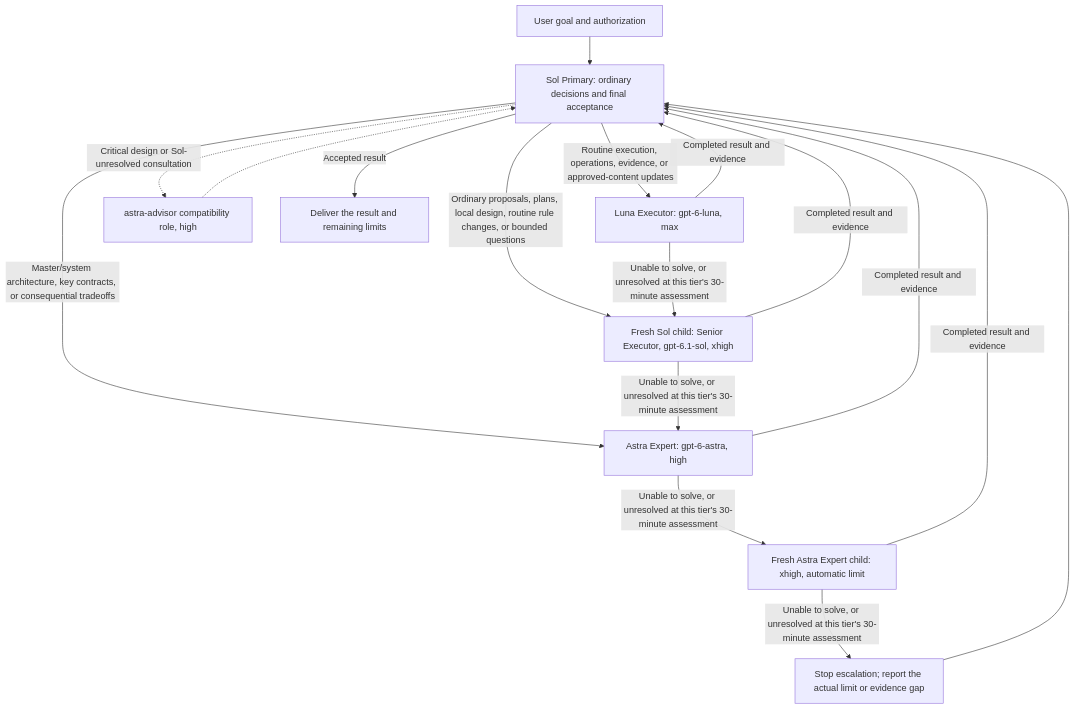
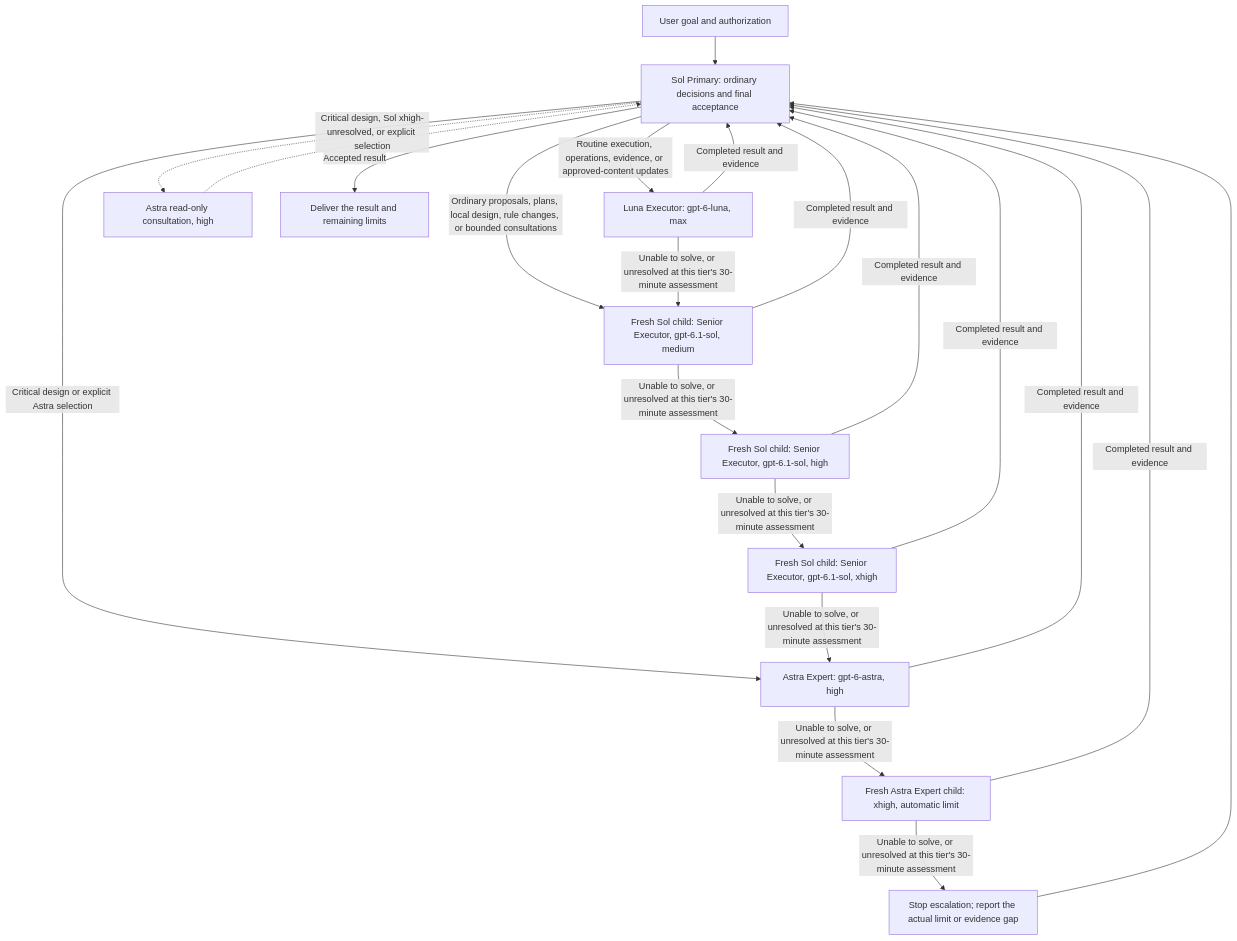
The diagram in README.md (PigeonAI-Yang/pigeonstack), drawn with Mermaid before and after one commit. The commit also changed other lines of this file and 17 other files, not shown here.

Commit message:
docs(policy): start Sol executors at medium

````diff
--- a/README.md
+++ b/README.md
@@ -67,19 +67,23 @@
 ```mermaid
 flowchart TD
 	U["User goal and authorization"] --> P["Sol Primary: ordinary decisions and final acceptance"]
 	P -->|"Routine execution, operations, evidence, or approved-content updates"| L["Luna Executor: gpt-6-luna, max"]
-	P -->|"Ordinary proposals, plans, local design, routine rule changes, or bounded questions"| S
-	P -->|"Master/system architecture, key contracts, or consequential tradeoffs"| A
-	L -->|"Unable to solve, or unresolved at this tier's 30-minute assessment"| S["Fresh Sol child: Senior Executor, gpt-6.1-sol, xhigh"]
-	S -->|"Unable to solve, or unresolved at this tier's 30-minute assessment"| A["Astra Expert: gpt-6-astra, high"]
-	A -->|"Unable to solve, or unresolved at this tier's 30-minute assessment"| H["Fresh Astra Expert child: xhigh, automatic limit"]
+	P -->|"Ordinary proposals, plans, local design, rule changes, or bounded consultations"| M["Fresh Sol child: Senior Executor, gpt-6.1-sol, medium"]
+	P -->|"Critical design or explicit Astra selection"| A["Astra Expert: gpt-6-astra, high"]
+	L -->|"Unable to solve, or unresolved at this tier's 30-minute assessment"| M
+	M -->|"Unable to solve, or unresolved at this tier's 30-minute assessment"| SH["Fresh Sol child: Senior Executor, gpt-6.1-sol, high"]
+	SH -->|"Unable to solve, or unresolved at this tier's 30-minute assessment"| SX["Fresh Sol child: Senior Executor, gpt-6.1-sol, xhigh"]
+	SX -->|"Unable to solve, or unresolved at this tier's 30-minute assessment"| A
+	A -->|"Unable to solve, or unresolved at this tier's 30-minute assessment"| AX["Fresh Astra Expert child: xhigh, automatic limit"]
 	L -->|"Completed result and evidence"| P
-	S -->|"Completed result and evidence"| P
+	M -->|"Completed result and evidence"| P
+	SH -->|"Completed result and evidence"| P
+	SX -->|"Completed result and evidence"| P
 	A -->|"Completed result and evidence"| P
-	H -->|"Completed result and evidence"| P
-	H -->|"Unable to solve, or unresolved at this tier's 30-minute assessment"| E["Stop escalation; report the actual limit or evidence gap"]
+	AX -->|"Completed result and evidence"| P
+	AX -->|"Unable to solve, or unresolved at this tier's 30-minute assessment"| E["Stop escalation; report the actual limit or evidence gap"]
 	E --> P
-	P -.->|"Critical design or Sol-unresolved consultation"| C["astra-advisor compatibility role, high"]
+	P -.->|"Critical design, Sol xhigh-unresolved, or explicit selection"| C["Astra read-only consultation, high"]
 	C -.-> P
 	P -->|"Accepted result"| D["Deliver the result and remaining limits"]
 ```
````
